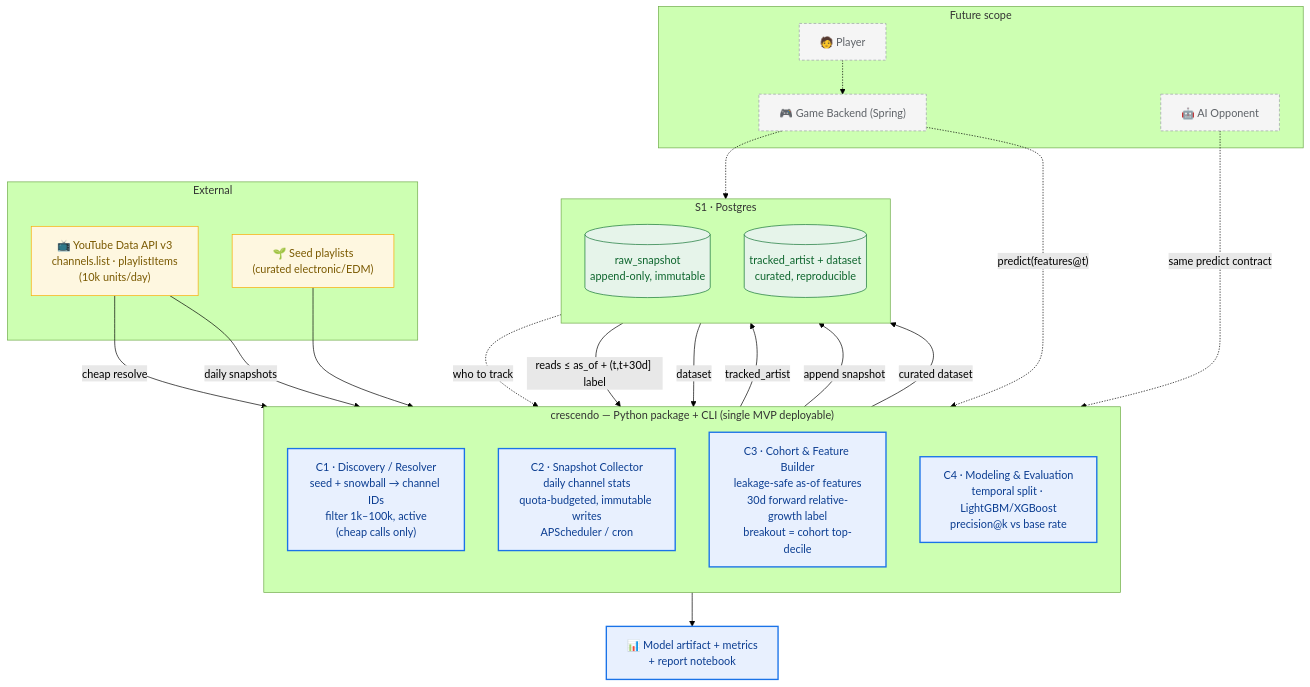
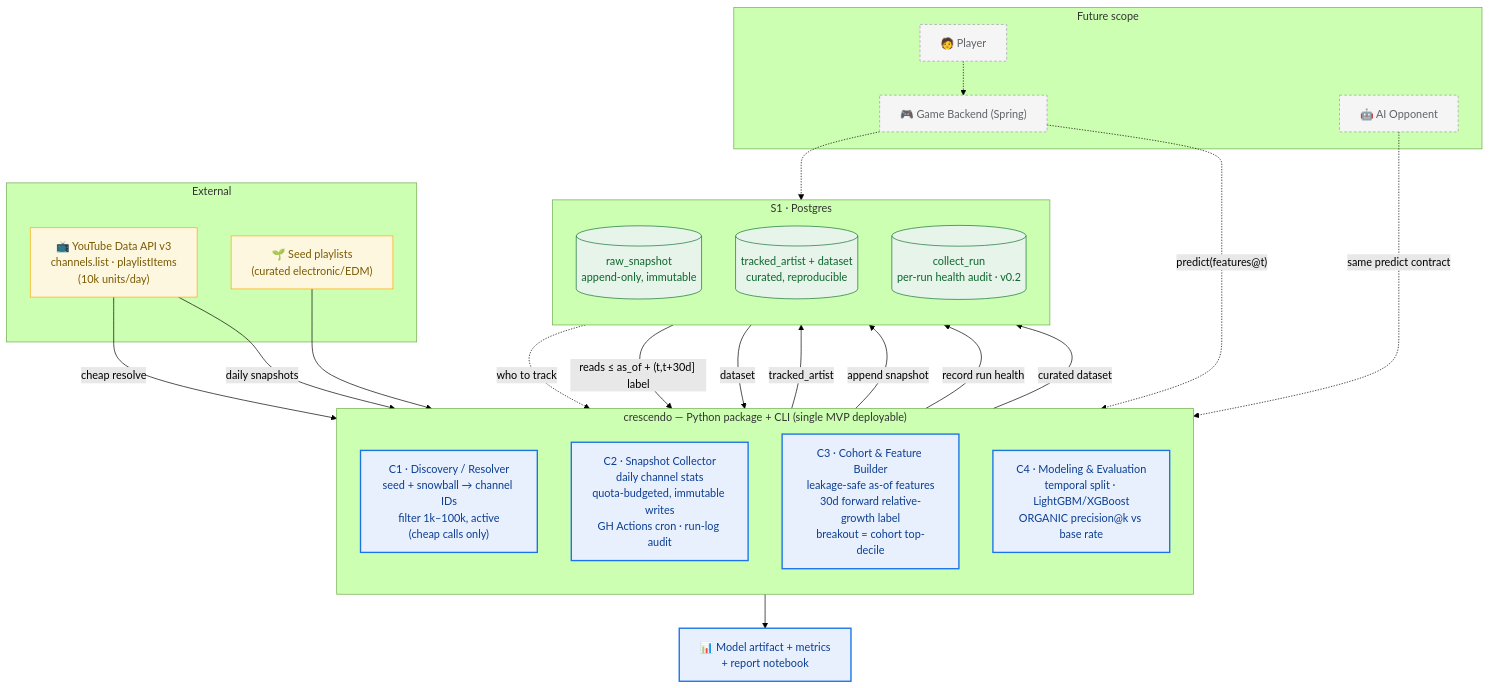
The diagram in docs/L2-container-diagram.md (utkarsh-senpai/crescendo), drawn with Mermaid (forest theme) before and after one commit. The commit also changed other lines of this file and 15 other files, not shown here.

````diff
--- a/docs/L2-container-diagram.md
+++ b/docs/L2-container-diagram.md
@@ -6,56 +6,58 @@
 ```mermaid
 flowchart TB
     subgraph EXT["External"]
         YT["📺 YouTube Data API v3<br/>channels.list · playlistItems<br/>(10k units/day)"]
         SEED["🌱 Seed playlists<br/>(curated electronic/EDM)"]
     end
 
     subgraph PKG["crescendo — Python package + CLI (single MVP deployable)"]
         direction TB
         C1["C1 · Discovery / Resolver<br/>seed + snowball → channel IDs<br/>filter 1k–100k, active<br/>(cheap calls only)"]
-        C2["C2 · Snapshot Collector<br/>daily channel stats<br/>quota-budgeted, immutable writes<br/>APScheduler / cron"]
+        C2["C2 · Snapshot Collector<br/>daily channel stats<br/>quota-budgeted, immutable writes<br/>GH Actions cron · run-log audit"]
         C3["C3 · Cohort & Feature Builder<br/>leakage-safe as-of features<br/>30d forward relative-growth label<br/>breakout = cohort top-decile"]
-        C4["C4 · Modeling & Evaluation<br/>temporal split · LightGBM/XGBoost<br/>precision@k vs base rate"]
+        C4["C4 · Modeling & Evaluation<br/>temporal split · LightGBM/XGBoost<br/>ORGANIC precision@k vs base rate"]
     end
 
     subgraph DB["S1 · Postgres"]
         direction TB
         RAW[("raw_snapshot<br/>append-only, immutable")]
         CUR[("tracked_artist + dataset<br/>curated, reproducible")]
+        RUN[("collect_run<br/>per-run health audit · v0.2")]
     end
 
     OUT["📊 Model artifact + metrics<br/>+ report notebook"]
 
     subgraph FUT["Future scope"]
         GAME["🎮 Game Backend (Spring)"]
         AI["🤖 AI Opponent"]
         PLAYER["🧑 Player"]
     end
 
     %% MVP solid flows
     SEED --> C1
     YT -->|"cheap resolve"| C1
     C1 -->|"tracked_artist"| CUR
     YT -->|"daily snapshots"| C2
     CUR -.->|"who to track"| C2
     C2 -->|"append snapshot"| RAW
+    C2 -->|"record run health"| RUN
     RAW -->|"reads ≤ as_of + (t,t+30d] label"| C3
     C3 -->|"curated dataset"| CUR
     CUR -->|"dataset"| C4
     C4 --> OUT
 
     %% Future dashed flows
     PLAYER -.-> GAME
     GAME -.->|"predict(features@t)"| C4
     AI -.->|"same predict contract"| C4
     GAME -.-> CUR
 
     classDef mvp fill:#e8f0fe,stroke:#1a73e8,stroke-width:2px,color:#0b3d91;
     classDef store fill:#e6f4ea,stroke:#137333,color:#0d652d;
     classDef ext fill:#fef7e0,stroke:#f9ab00,color:#7a5900;
     classDef later fill:#f5f5f5,stroke:#9aa0a6,stroke-dasharray:4 3,color:#5f6368;
     class C1,C2,C3,C4,OUT mvp;
-    class RAW,CUR store;
+    class RAW,CUR,RUN store;
     class YT,SEED ext;
     class GAME,AI,PLAYER later;
 ```
````
